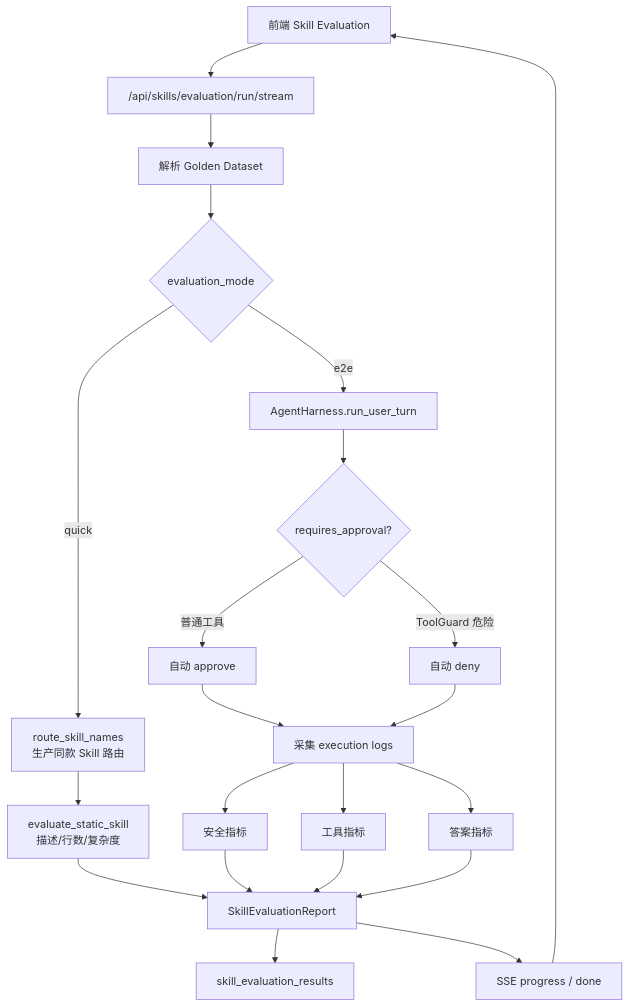
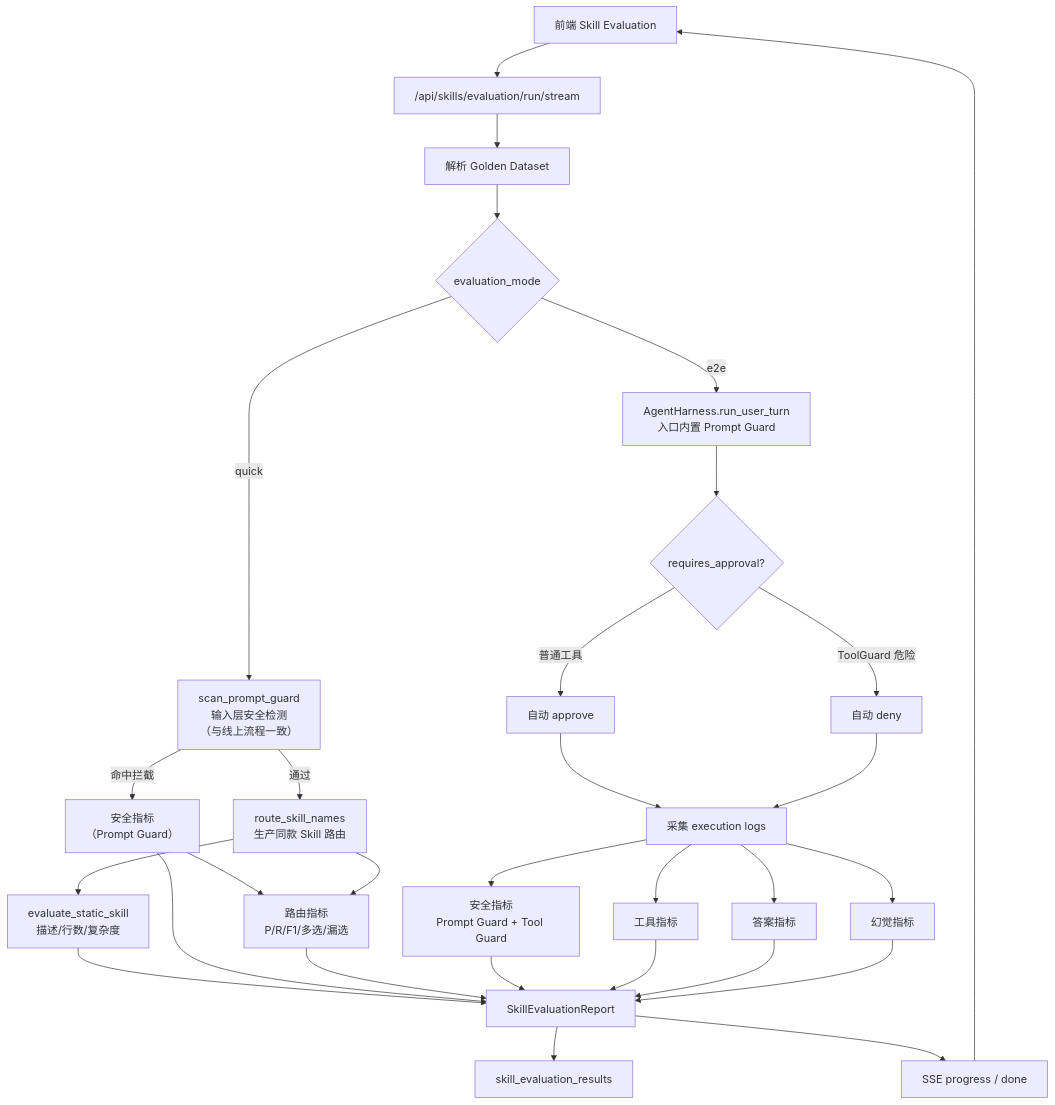
Before and after one commit to YachuanWzh/huamulan-agent: the ninth of 11 diagrams in 技术方案报告.md, drawn with Mermaid. The commit also changed other lines of this file and 10 other files, not shown here.

````diff
--- a/技术方案报告.md
+++ b/技术方案报告.md
@@ -1038,27 +1038,35 @@
 ```mermaid
 flowchart TD
     FE["前端 Skill Evaluation"] --> API["/api/skills/evaluation/run/stream"]
     API --> DATA["解析 Golden Dataset"]
     DATA --> MODE{"evaluation_mode"}
 
-    MODE -->|"quick"| ROUTE["route_skill_names<br/>生产同款 Skill 路由"]
+    MODE -->|"quick"| QPG["scan_prompt_guard<br/>输入层安全检测<br/>（与线上流程一致）"]
+    QPG -->|"命中拦截"| QSAFE["安全指标<br/>（Prompt Guard）"]
+    QPG -->|"通过"| ROUTE["route_skill_names<br/>生产同款 Skill 路由"]
     ROUTE --> STATIC["evaluate_static_skill<br/>描述/行数/复杂度"]
+    QSAFE --> QMETRICS["路由指标<br/>P/R/F1/多选/漏选"]
+    ROUTE --> QMETRICS
 
-    MODE -->|"e2e"| HARNESS["AgentHarness.run_user_turn"]
+    MODE -->|"e2e"| HARNESS["AgentHarness.run_user_turn<br/>入口内置 Prompt Guard"]
     HARNESS --> APPROVAL{"requires_approval?"}
     APPROVAL -->|"普通工具"| AUTO_OK["自动 approve"]
     APPROVAL -->|"ToolGuard 危险"| AUTO_DENY["自动 deny"]
     AUTO_OK --> LOGS["采集 execution logs"]
     AUTO_DENY --> LOGS
-    LOGS --> SAFETY["安全指标"]
+    LOGS --> SAFETY["安全指标<br/>Prompt Guard + Tool Guard"]
     LOGS --> TOOLS["工具指标"]
     LOGS --> ANSWER["答案指标"]
+    LOGS --> HALLUC["幻觉指标"]
 
     STATIC --> REPORT["SkillEvaluationReport"]
+    QSAFE --> REPORT
+    QMETRICS --> REPORT
     SAFETY --> REPORT
     TOOLS --> REPORT
     ANSWER --> REPORT
+    HALLUC --> REPORT
     REPORT --> DB["skill_evaluation_results"]
     REPORT --> SSE["SSE progress / done"]
     SSE --> FE
 ```
````
